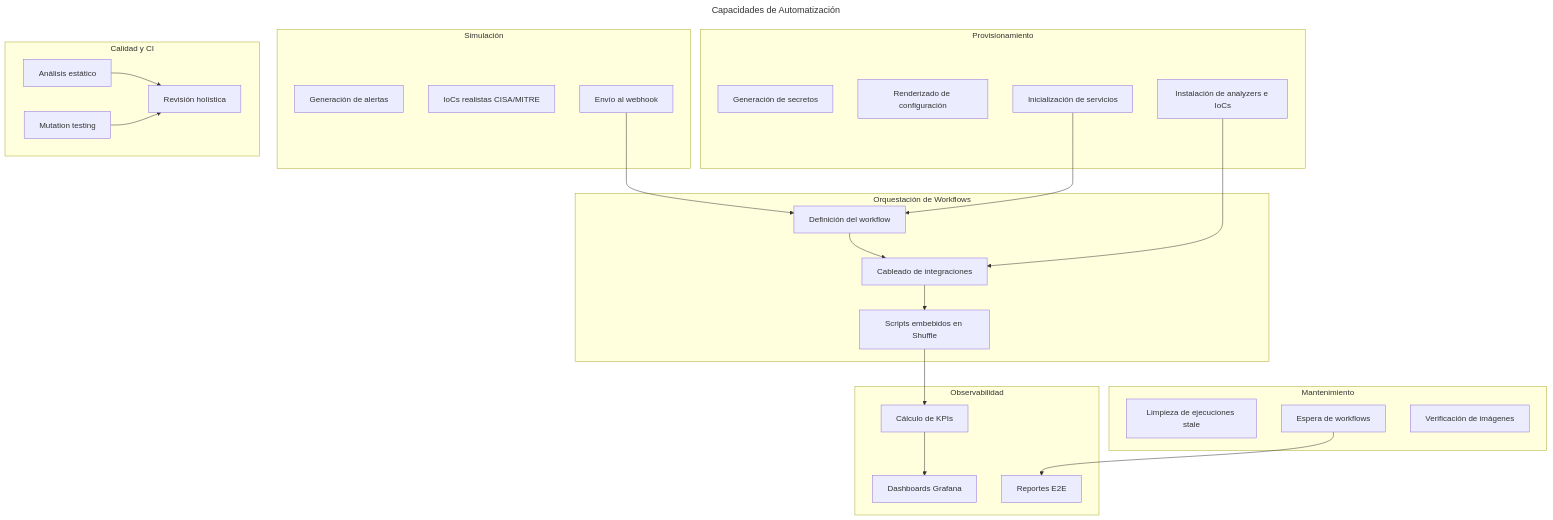
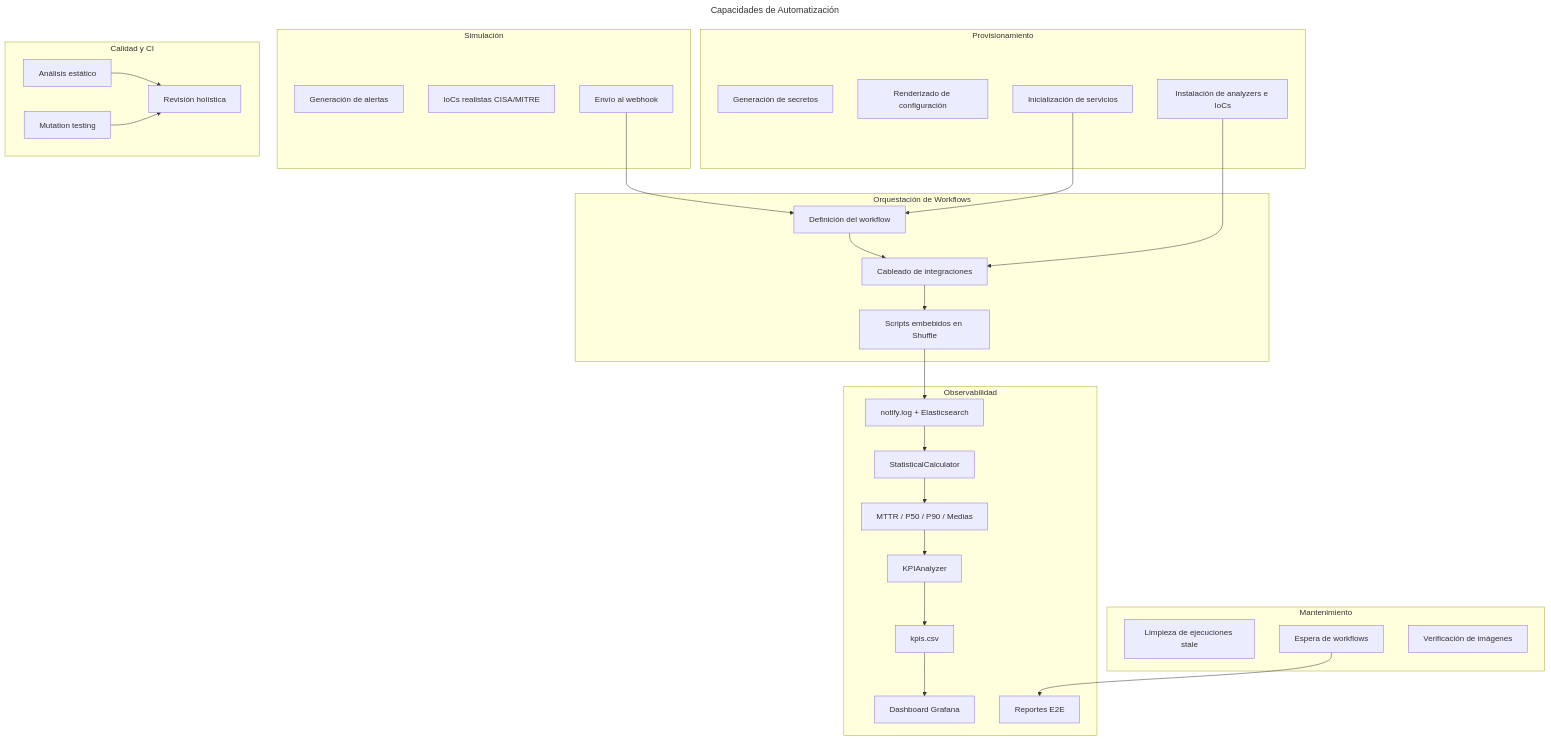
Before and after one commit to alesanfe/soar-ransomware-lab: the fifth of 8 diagrams in docs/thesis/specific_development.md, drawn with Mermaid. The commit also changed other lines of this file, not shown here.

First line of the commit message:
docs(thesis): fusionar diagramas Capacidades de Automatizacion + KPIs

````diff
--- a/docs/thesis/specific_development.md
+++ b/docs/thesis/specific_development.md
@@ -343,53 +343,61 @@
 ```mermaid
 ---
 title: Capacidades de Automatización
 ---
 graph TD
     subgraph Provisionamiento
         P1[Generación de secretos]
         P2[Renderizado de configuración]
         P3[Inicialización de servicios]
         P4[Instalación de analyzers e IoCs]
     end
 
     subgraph Orquestación de Workflows
         O1[Definición del workflow]
         O2[Cableado de integraciones]
         O3[Scripts embebidos en Shuffle]
     end
 
     subgraph Simulación
         SM1[Generación de alertas]
         SM2[IoCs realistas CISA/MITRE]
         SM3[Envío al webhook]
     end
 
     subgraph Mantenimiento
         M1[Limpieza de ejecuciones stale]
         M2[Espera de workflows]
         M3[Verificación de imágenes]
     end
 
     subgraph Observabilidad
-        OB1[Cálculo de KPIs]
-        OB2[Dashboards Grafana]
-        OB3[Reportes E2E]
+        OB1[notify.log + Elasticsearch]
+        OB2[StatisticalCalculator]
+        OB3[MTTR / P50 / P90 / Medias]
+        OB4[KPIAnalyzer]
+        OB5[kpis.csv]
+        OB6[Dashboard Grafana]
+        OB7[Reportes E2E]
     end
 
     subgraph Calidad y CI
         Q1[Análisis estático]
         Q2[Mutation testing]
         Q3[Revisión holística]
     end
 
     P3 --> O1
     O1 --> O2
     O2 --> O3
     P4 --> O2
     SM3 --> O1
     O3 --> OB1
     OB1 --> OB2
-    M2 --> OB3
+    OB2 --> OB3
+    OB3 --> OB4
+    OB4 --> OB5
+    OB5 --> OB6
+    M2 --> OB7
     Q1 --> Q3
     Q2 --> Q3
 ```
````
